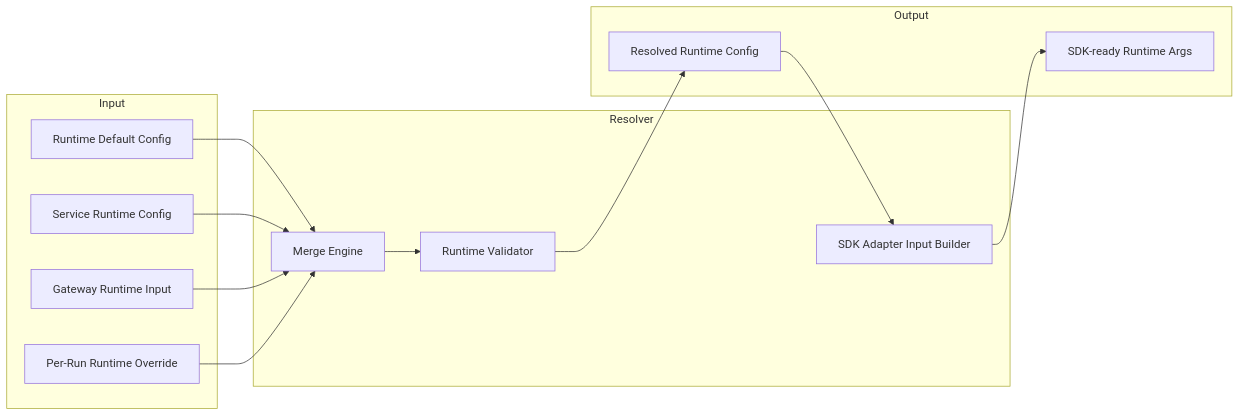
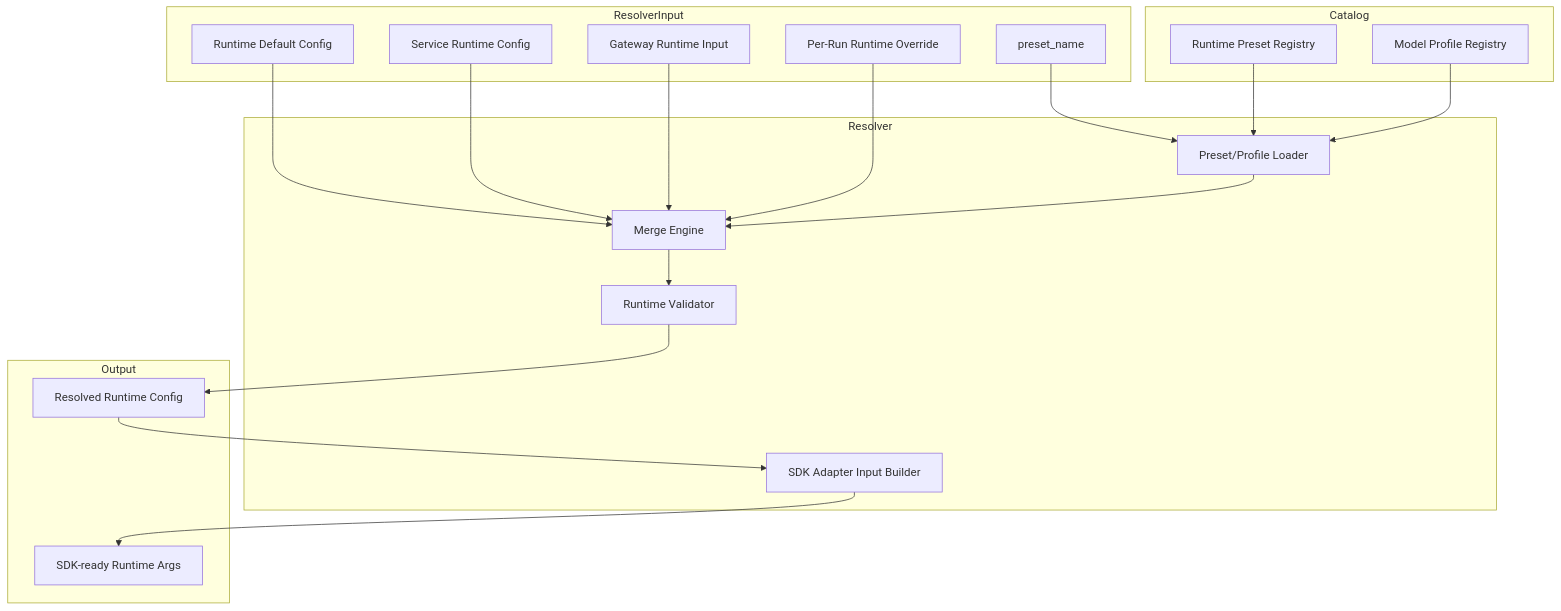
Before and after one commit to Wh1isper/yagap: the first of 2 diagrams in docs/spec/component/agent-runtime/06-config-and-resolver.md, drawn with Mermaid. The commit also changed other lines of this file and 22 other files, not shown here.

````diff
--- a/docs/spec/component/agent-runtime/06-config-and-resolver.md
+++ b/docs/spec/component/agent-runtime/06-config-and-resolver.md
@@ -36,26 +38,39 @@
 ```mermaid
-flowchart LR
-    subgraph Input
+flowchart TB
+    subgraph Catalog
+        RP[Runtime Preset Registry]
+        MP[Model Profile Registry]
+    end
+
+    subgraph ResolverInput
         D[Runtime Default Config]
         S[Service Runtime Config]
+        P[preset_name]
         G[Gateway Runtime Input]
         O[Per-Run Runtime Override]
     end
 
     subgraph Resolver
+        L[Preset/Profile Loader]
         M[Merge Engine]
         V[Runtime Validator]
         A[SDK Adapter Input Builder]
     end
 
     subgraph Output
         R[Resolved Runtime Config]
         K[SDK-ready Runtime Args]
     end
 
+    P --> L
+    RP --> L
+    MP --> L
+
     D --> M
     S --> M
     G --> M
     O --> M
+    L --> M
+
     M --> V --> R --> A --> K
 ```
````
